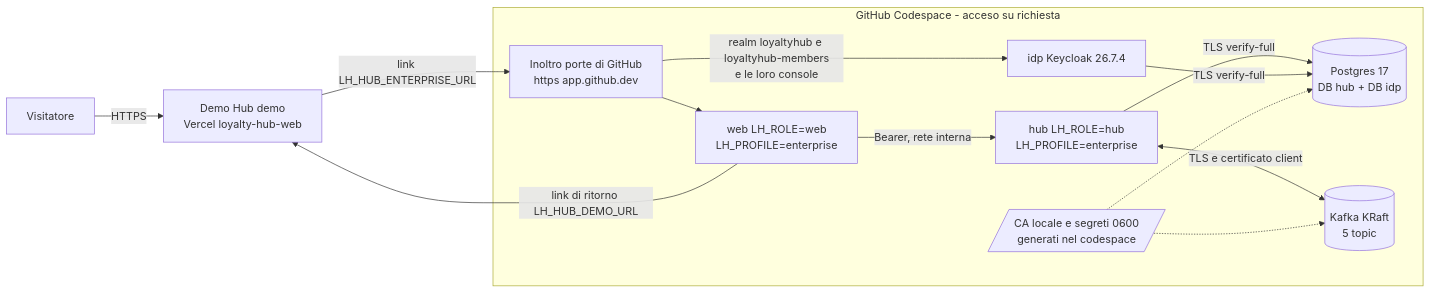
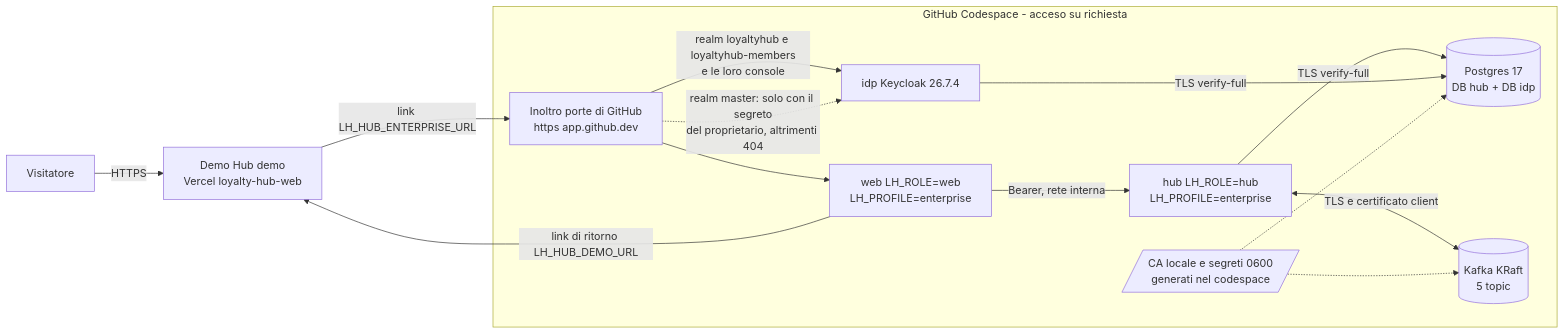
Before and after one commit to peppe-ruv/Loyalty_Sys: the first of 11 diagrams in concetti/vetrina-enterprise.mdx, drawn with Mermaid. The commit also changed other lines of this file and 21 other files, not shown here.

````diff
--- a/concetti/vetrina-enterprise.mdx
+++ b/concetti/vetrina-enterprise.mdx
@@ -25,18 +25,19 @@
 ```mermaid
 flowchart LR
   accTitle: Vetrina enterprise ospitata
-  accDescr: Il Demo Hub su Vercel collega la vetrina enterprise, che gira in un GitHub Codespace acceso su richiesta. Solo l'inoltro delle porte di GitHub è esposto, in https; porta al web e ai due realm di Keycloak con le loro console, mai al realm master. Hub e Keycloak parlano con Postgres in TLS verificato e l'hub con Kafka in TLS con certificato del client, firmati da una CA locale generata nel codespace.
+  accDescr: Il Demo Hub su Vercel collega la vetrina enterprise, che gira in un GitHub Codespace acceso su richiesta. Solo l'inoltro delle porte di GitHub è esposto, in https; porta al web e ai due realm di Keycloak con le loro console, e al realm master solo se il proprietario ha messo il suo segreto nel codespace. Hub e Keycloak parlano con Postgres in TLS verificato e l'hub con Kafka in TLS con certificato del client, firmati da una CA locale generata nel codespace.
   V[Visitatore] -->|HTTPS| DH[Demo Hub demo<br/>Vercel loyalty-hub-web]
   DH -->|link LH_HUB_ENTERPRISE_URL| RP
   subgraph VM[GitHub Codespace - acceso su richiesta]
     RP[Inoltro porte di GitHub<br/>https app.github.dev] --> W[web LH_ROLE=web<br/>LH_PROFILE=enterprise]
     RP -->|realm loyaltyhub e loyaltyhub-members<br/>e le loro console| K[idp Keycloak 26.7.4]
+    RP -.->|realm master: solo con il segreto<br/>del proprietario, altrimenti 404| K
     W -->|Bearer, rete interna| H[hub LH_ROLE=hub<br/>LH_PROFILE=enterprise]
     H -->|TLS verify-full| PG[(Postgres 17<br/>DB hub + DB idp)]
     K -->|TLS verify-full| PG
     H <-->|TLS e certificato client| KF[(Kafka KRaft<br/>5 topic)]
     CA[/CA locale e segreti 0600<br/>generati nel codespace/] -.-> PG
     CA -.-> KF
   end
   W -->|link di ritorno LH_HUB_DEMO_URL| DH
 ```
````
